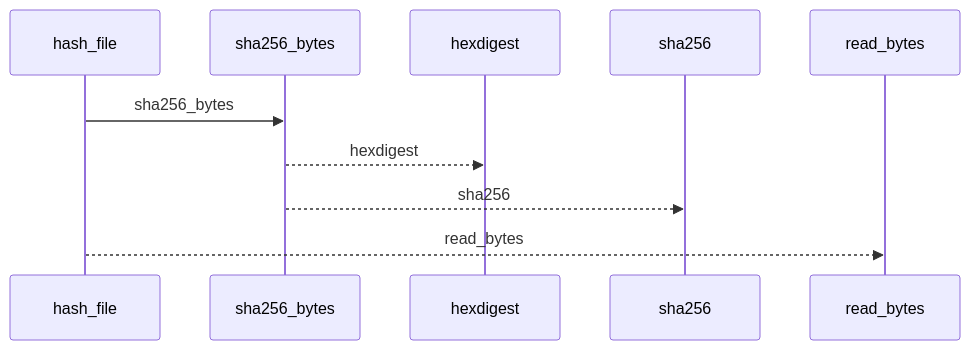
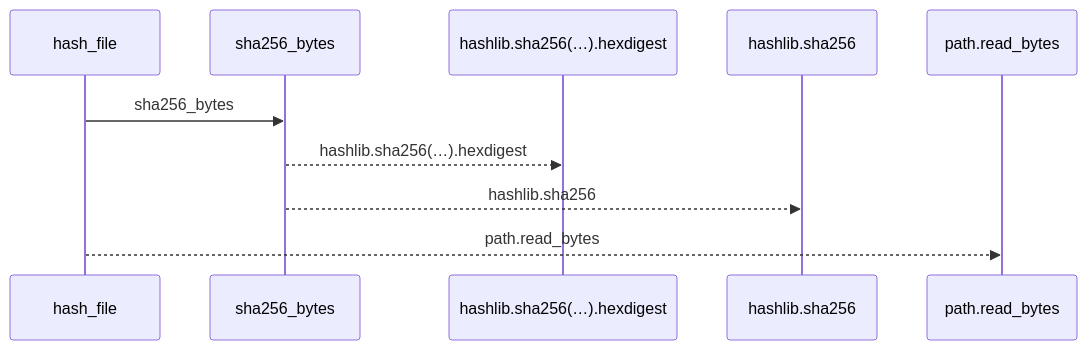
The first of 2 diagrams in docs/llm_wiki/flows/api-hash_file-knowledge_evidence.md (Denissvgn/python-wiki-llm), drawn with Mermaid before and after one commit. The commit also changed other lines of this file and 719 other files, not shown here.

````diff
--- a/docs/llm_wiki/flows/api-hash_file-knowledge_evidence.md
+++ b/docs/llm_wiki/flows/api-hash_file-knowledge_evidence.md
@@ -10,12 +10,12 @@
 ```mermaid
 sequenceDiagram
     participant p0 as hash_file
     participant p1 as sha256_bytes
-    participant p2 as hexdigest
-    participant p3 as sha256
-    participant p4 as read_bytes
+    participant p2 as hashlib.sha256(…).hexdigest
+    participant p3 as hashlib.sha256
+    participant p4 as path.read_bytes
     p0->>p1: sha256_bytes
-    p1-->>p2: hexdigest
-    p1-->>p3: sha256
-    p0-->>p4: read_bytes
+    p1-->>p2: hashlib.sha256(…).hexdigest
+    p1-->>p3: hashlib.sha256
+    p0-->>p4: path.read_bytes
 ```
````
